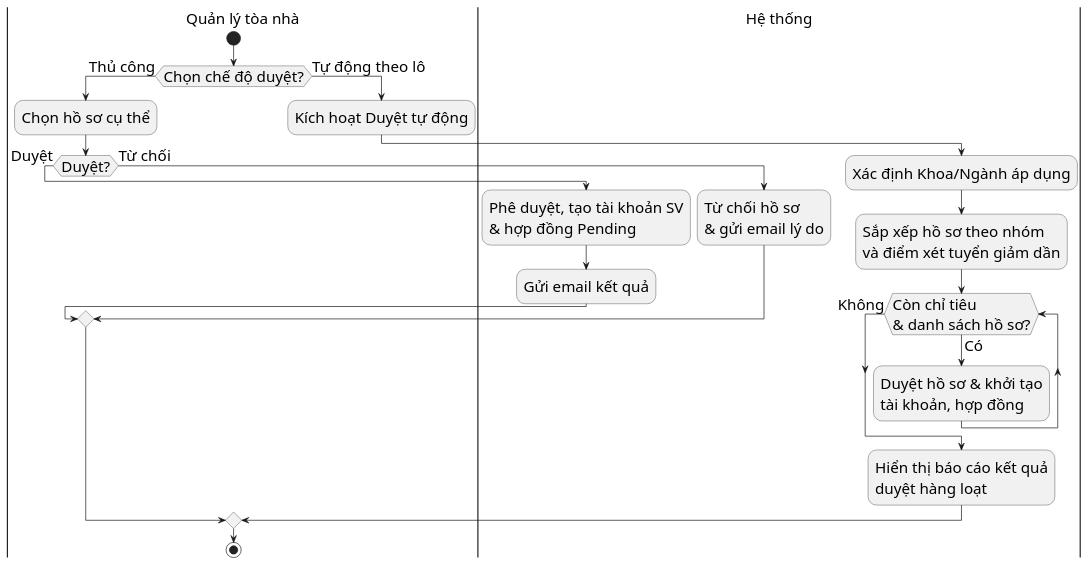
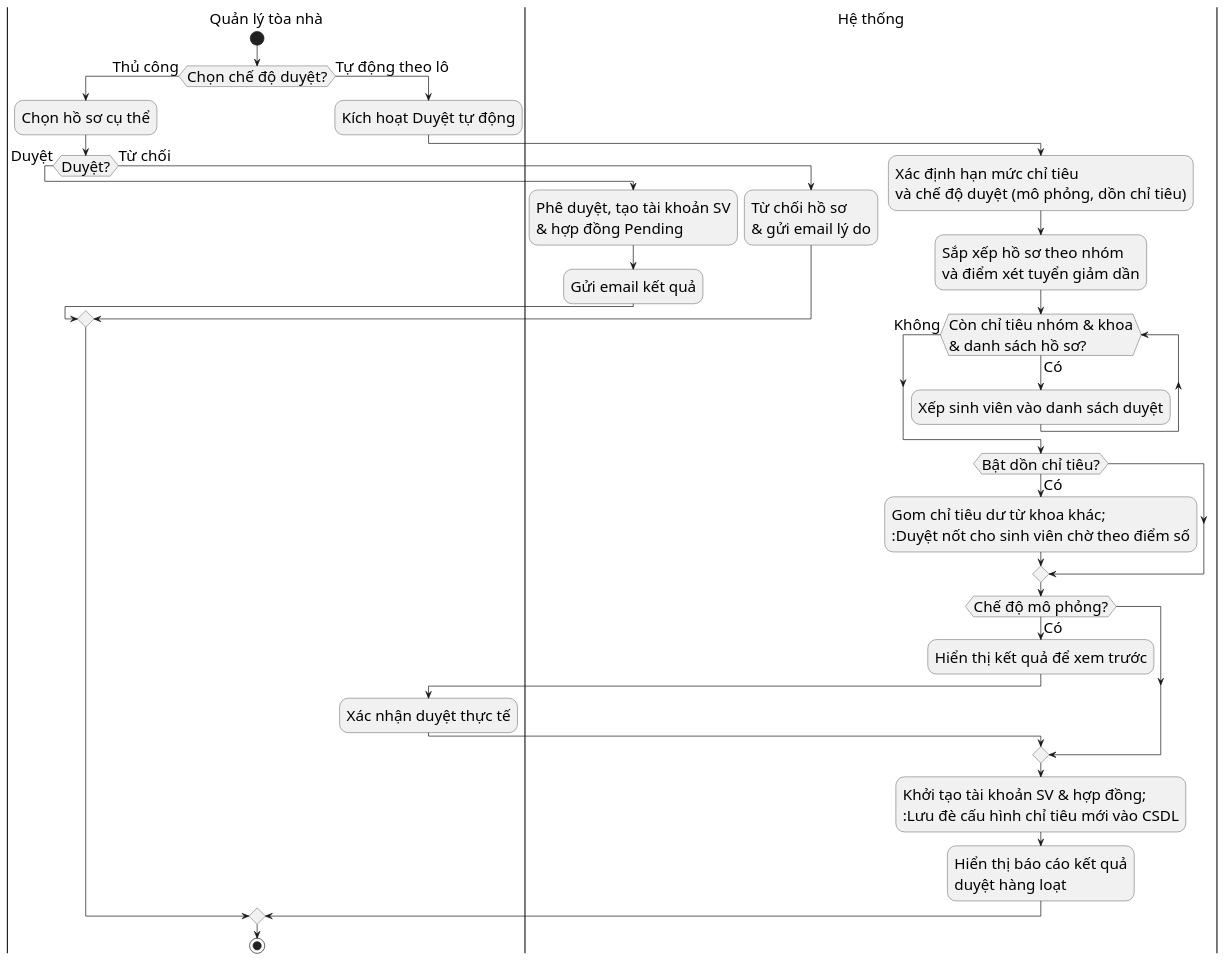
Before and after one commit to s0nbuildtech287/dormitory-frontend: the diagram in diagrams/nhomhosodangky/registration_review_activity.puml, drawn with PlantUML. The commit also changed 4 other files, not shown here.

```diff
--- a/diagrams/nhomhosodangky/registration_review_activity.puml
+++ b/diagrams/nhomhosodangky/registration_review_activity.puml
@@ -1,29 +1,39 @@
 @startuml "Registration Review Activity"
 skinparam defaultFontSize 22
 skinparam defaultFontName "Times New Roman"
 |Quản lý tòa nhà|
 start
 if (Chọn chế độ duyệt?) then (Thủ công)
   :Chọn hồ sơ cụ thể;
   if (Duyệt?) then (Duyệt)
     |Hệ thống|
     :Phê duyệt, tạo tài khoản SV\n& hợp đồng Pending;
     :Gửi email kết quả;
   else (Từ chối)
     |Hệ thống|
     :Từ chối hồ sơ\n& gửi email lý do;
   endif
 else (Tự động theo lô)
   |Quản lý tòa nhà|
   :Kích hoạt Duyệt tự động;
   |Hệ thống|
-  :Xác định Khoa/Ngành áp dụng;
+  :Xác định hạn mức chỉ tiêu\nvà chế độ duyệt (mô phỏng, dồn chỉ tiêu);
   :Sắp xếp hồ sơ theo nhóm\nvà điểm xét tuyển giảm dần;
-  while (Còn chỉ tiêu\n& danh sách hồ sơ?) is (Có)
-    :Duyệt hồ sơ & khởi tạo\ntài khoản, hợp đồng;
+  while (Còn chỉ tiêu nhóm & khoa\n& danh sách hồ sơ?) is (Có)
+    :Xếp sinh viên vào danh sách duyệt;
   endwhile (Không)
+  if (Bật dồn chỉ tiêu?) then (Có)
+    :Gom chỉ tiêu dư từ khoa khác;\n:Duyệt nốt cho sinh viên chờ theo điểm số;
+  endif
+  if (Chế độ mô phỏng?) then (Có)
+    :Hiển thị kết quả để xem trước;
+    |Quản lý tòa nhà|
+    :Xác nhận duyệt thực tế;
+    |Hệ thống|
+  endif
+  :Khởi tạo tài khoản SV & hợp đồng;\n:Lưu đè cấu hình chỉ tiêu mới vào CSDL;
   :Hiển thị báo cáo kết quả\nduyệt hàng loạt;
 endif
 |Quản lý tòa nhà|
 stop
 @enduml
```
